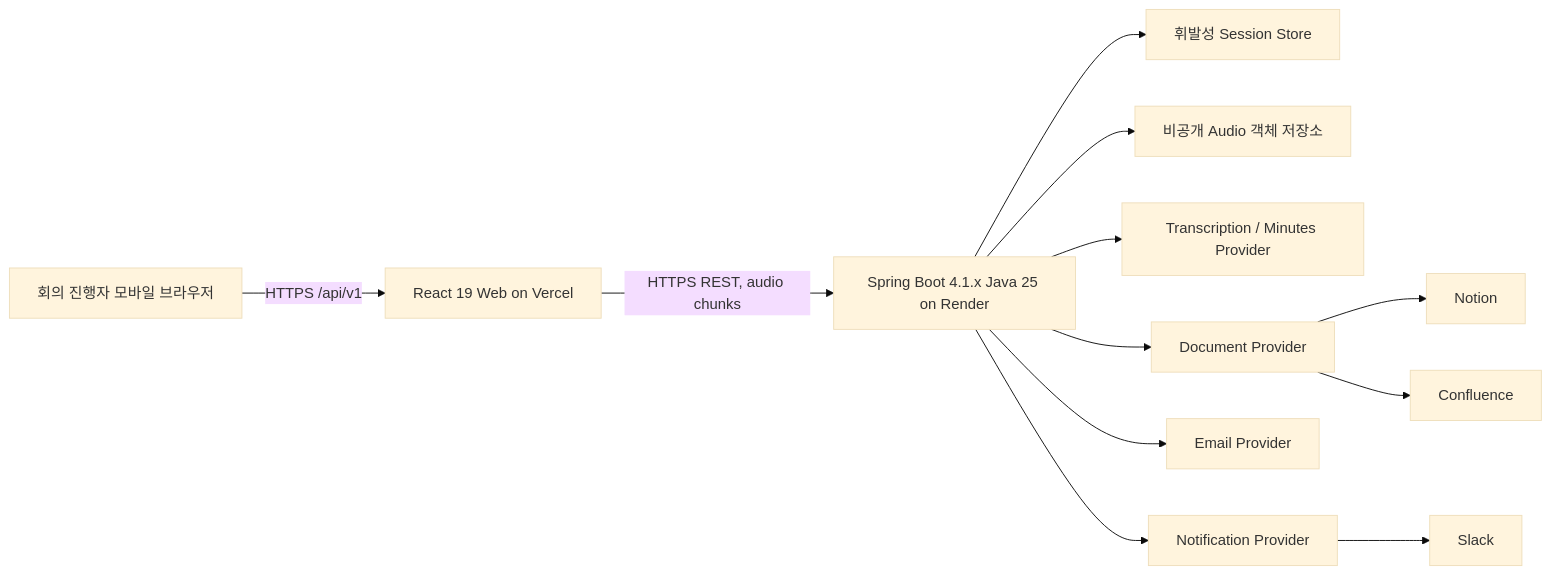
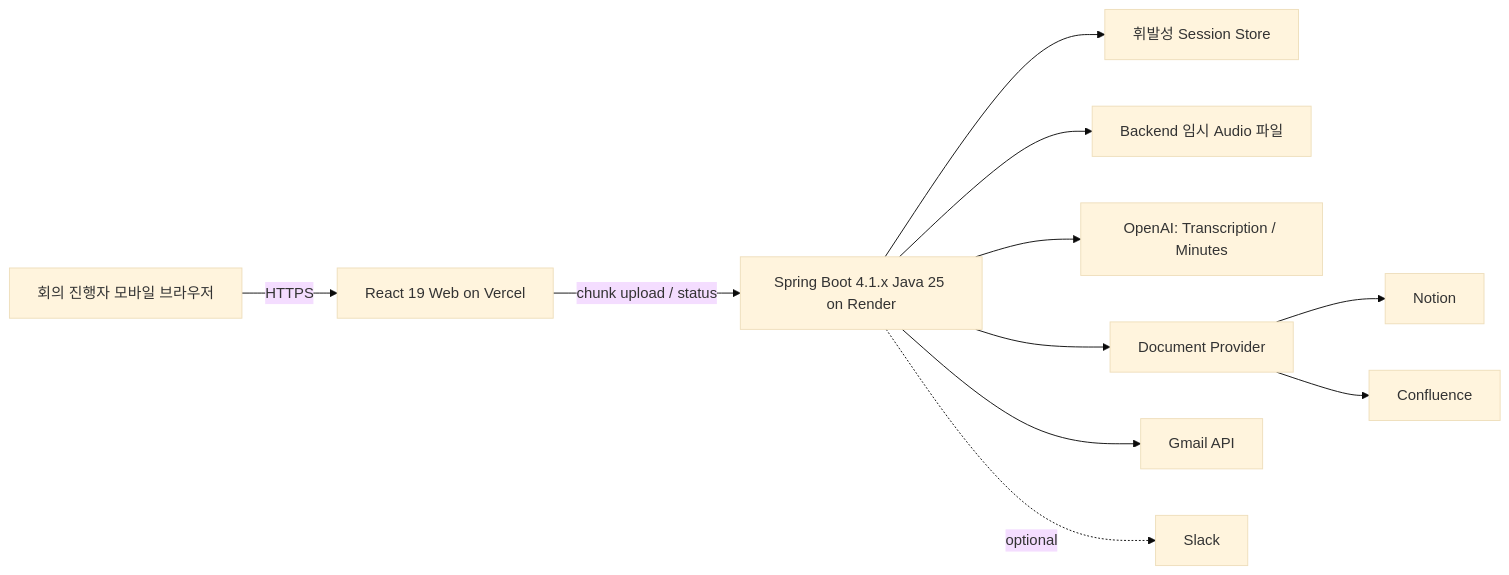
One commit to donghyunlee-dev/meeting-automation changed the diagram in docs/product/architecture.md. Above: the diagram before and after it, drawn with Mermaid (base theme). The commit also changed other lines of this file and 11 other files, not shown here.

````diff
--- a/docs/product/architecture.md
+++ b/docs/product/architecture.md
@@ -18,14 +19,13 @@
 ```mermaid
 flowchart LR
-  U[회의 진행자 모바일 브라우저] -->|HTTPS /api/v1| FE[React 19 Web on Vercel]
-  FE -->|HTTPS REST, audio chunks| BE[Spring Boot 4.1.x Java 25 on Render]
+  U[회의 진행자 모바일 브라우저] -->|HTTPS| FE[React 19 Web on Vercel]
+  FE -->|chunk upload / status| BE[Spring Boot 4.1.x Java 25 on Render]
   BE --> MEM[휘발성 Session Store]
-  BE --> OBJ[비공개 Audio 객체 저장소]
-  BE --> AI[Transcription / Minutes Provider]
+  BE --> TEMP[Backend 임시 Audio 파일]
+  BE --> AI[OpenAI: Transcription / Minutes]
   BE --> DOC[Document Provider]
   DOC --> NOTION[Notion]
   DOC --> CONF[Confluence]
-  BE --> MAIL[Email Provider]
-  BE --> NOTIFY[Notification Provider]
-  NOTIFY --> SLACK[Slack]
+  BE --> MAIL[Gmail API]
+  BE -. optional .-> SLACK[Slack]
 ```
````
